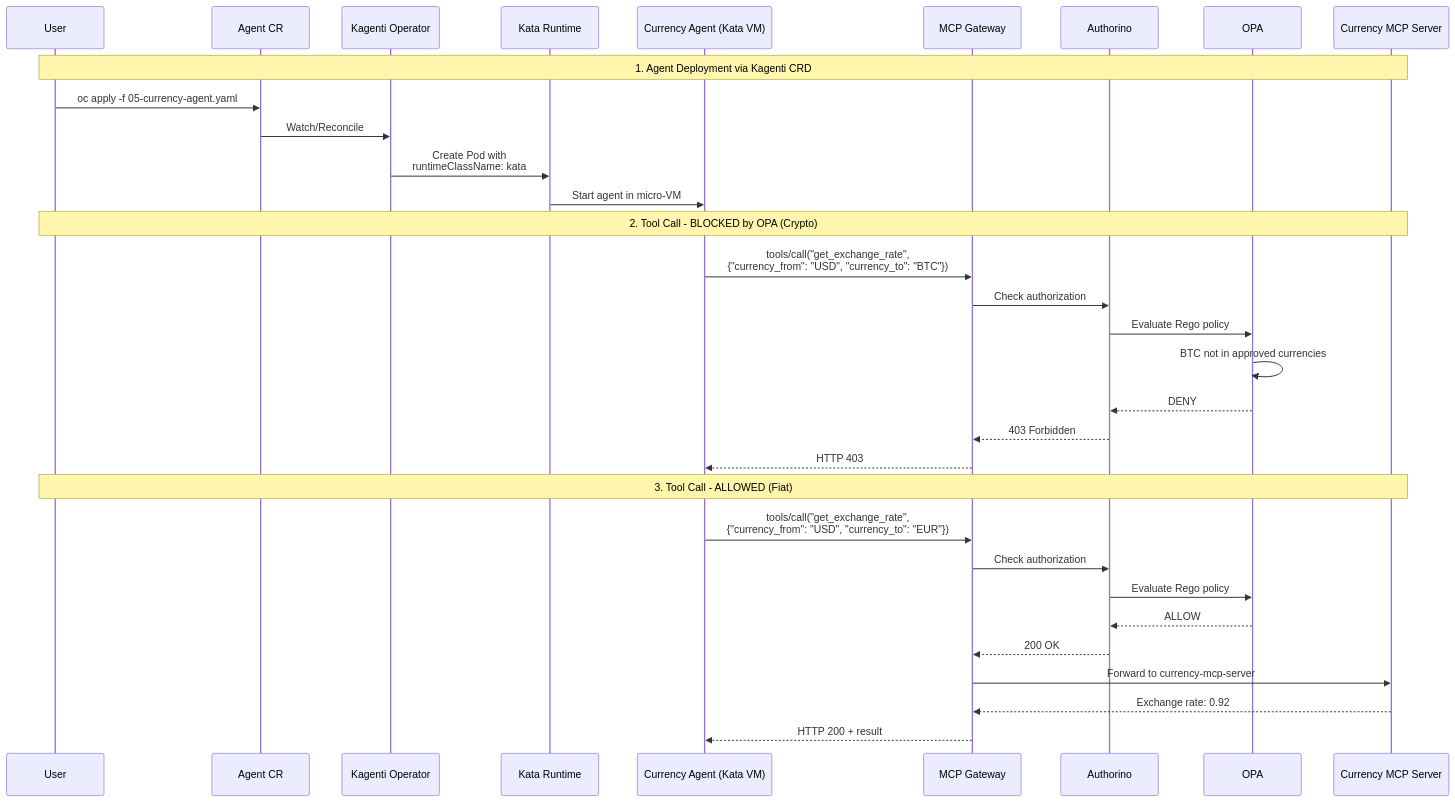
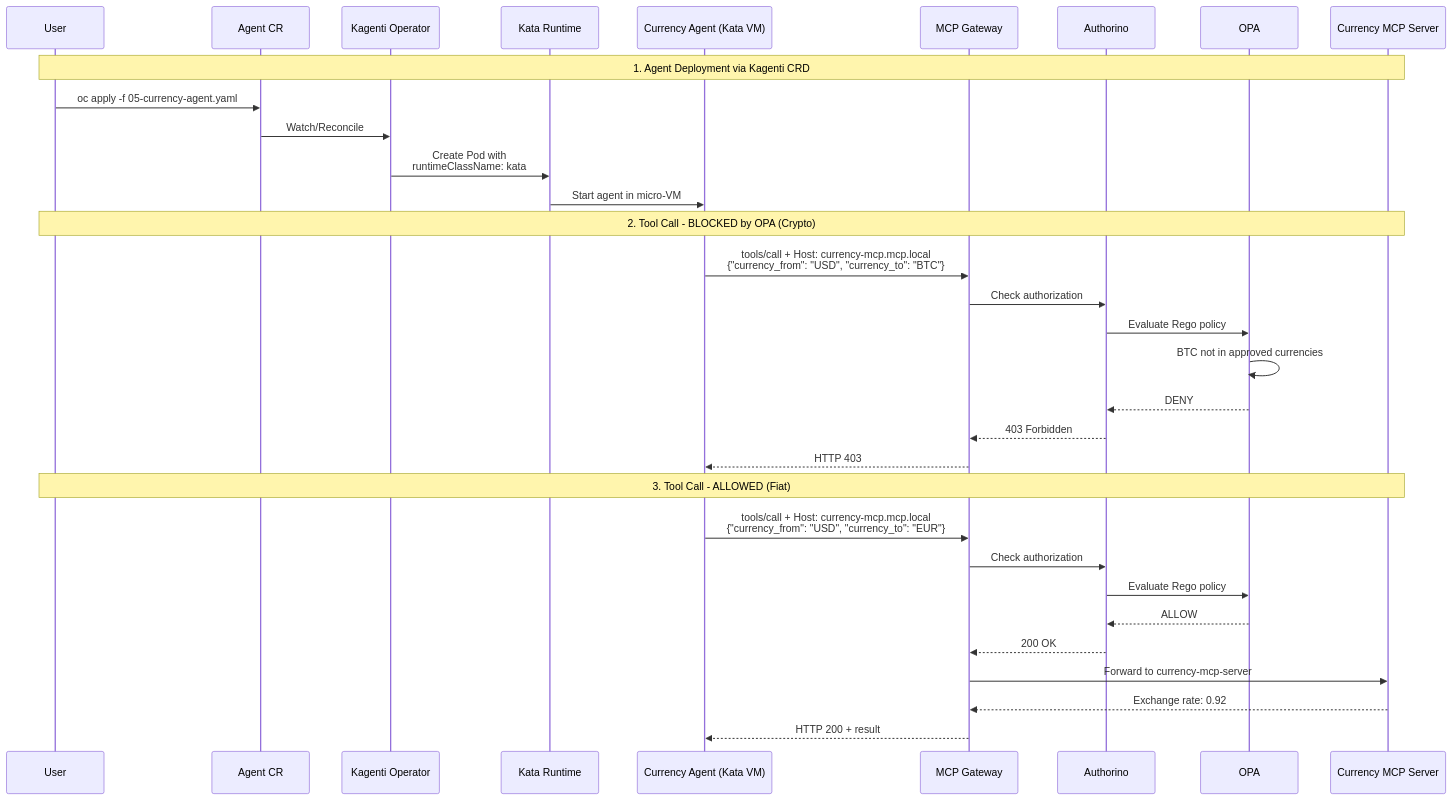
The second of 3 diagrams in docs/architecture.md (rrbanda/agent-sandbox-ocp), drawn with Mermaid before and after one commit. The commit also changed other lines of this file and 31 other files, not shown here.

Commit message:
Make repo self-contained: add agent and MCP server source code

````diff
--- a/docs/architecture.md
+++ b/docs/architecture.md
@@ -71,37 +71,37 @@
 ```mermaid
 sequenceDiagram
     participant User
     participant CRD as Agent CR
     participant Operator as Kagenti Operator
     participant Kata as Kata Runtime
     participant Agent as Currency Agent (Kata VM)
     participant Gateway as MCP Gateway
     participant Authorino
     participant OPA
     participant MCP as Currency MCP Server
 
     Note over User,MCP: 1. Agent Deployment via Kagenti CRD
     User->>CRD: oc apply -f 05-currency-agent.yaml
     CRD->>Operator: Watch/Reconcile
     Operator->>Kata: Create Pod with<br/>runtimeClassName: kata
     Kata->>Agent: Start agent in micro-VM
 
     Note over User,MCP: 2. Tool Call - BLOCKED by OPA (Crypto)
-    Agent->>Gateway: tools/call("get_exchange_rate",<br/>{"currency_from": "USD", "currency_to": "BTC"})
+    Agent->>Gateway: tools/call + Host: currency-mcp.mcp.local<br/>{"currency_from": "USD", "currency_to": "BTC"}
     Gateway->>Authorino: Check authorization
     Authorino->>OPA: Evaluate Rego policy
     OPA->>OPA: BTC not in approved currencies
     OPA-->>Authorino: DENY
     Authorino-->>Gateway: 403 Forbidden
     Gateway-->>Agent: HTTP 403
 
     Note over User,MCP: 3. Tool Call - ALLOWED (Fiat)
-    Agent->>Gateway: tools/call("get_exchange_rate",<br/>{"currency_from": "USD", "currency_to": "EUR"})
+    Agent->>Gateway: tools/call + Host: currency-mcp.mcp.local<br/>{"currency_from": "USD", "currency_to": "EUR"}
     Gateway->>Authorino: Check authorization
     Authorino->>OPA: Evaluate Rego policy
     OPA-->>Authorino: ALLOW
     Authorino-->>Gateway: 200 OK
     Gateway->>MCP: Forward to currency-mcp-server
     MCP-->>Gateway: Exchange rate: 0.92
     Gateway-->>Agent: HTTP 200 + result
 ```
````
